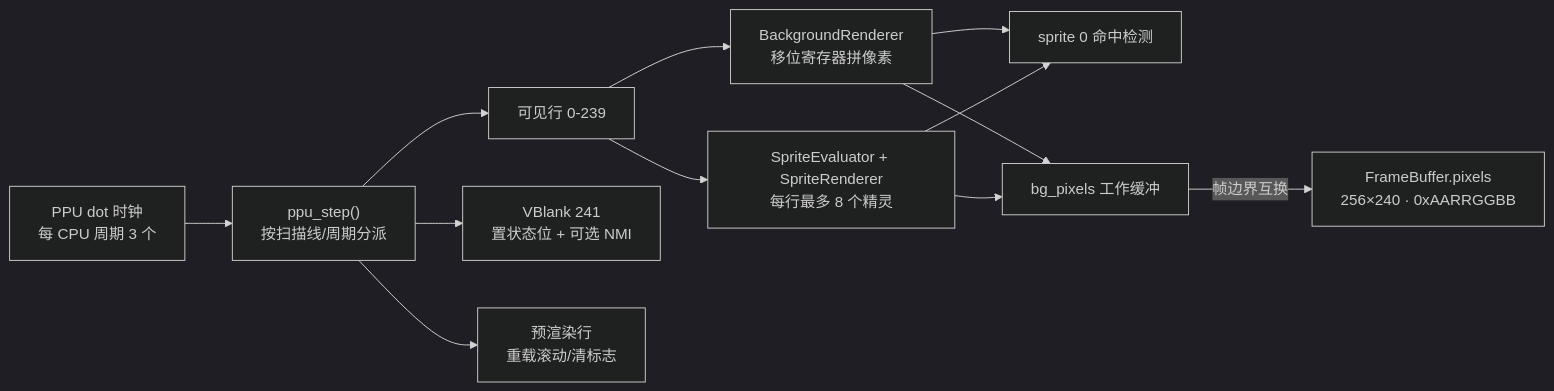
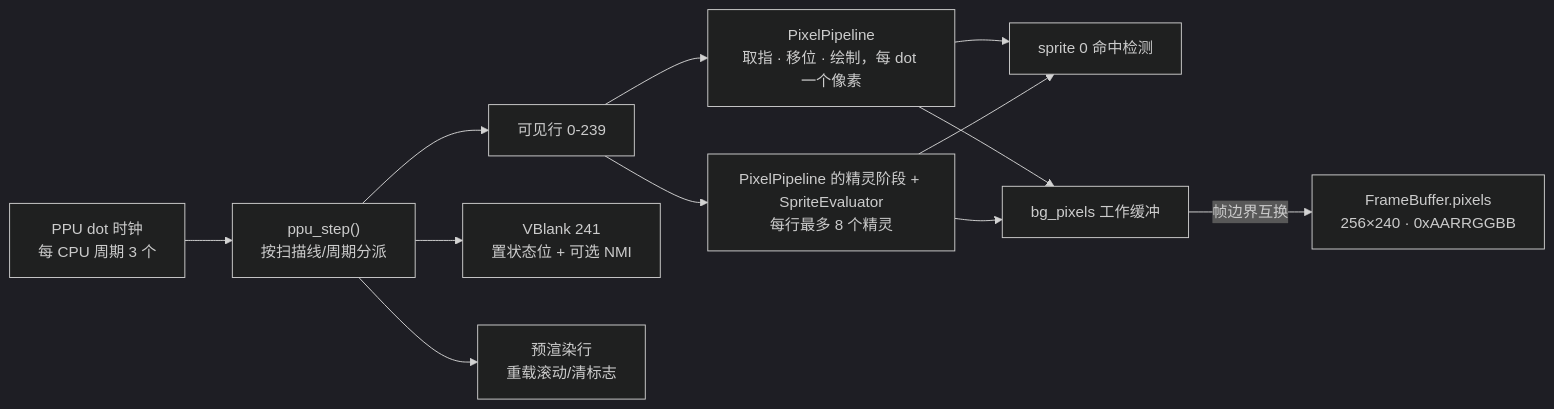
One commit to YufJi/nes-emulator changed the fifth of 13 diagrams in docs/architecture.zh-CN.md. Above: the diagram before and after it, drawn with Mermaid (dark theme). The commit also changed other lines of this file and 8 other files, not shown here.

````diff
--- a/docs/architecture.zh-CN.md
+++ b/docs/architecture.zh-CN.md
@@ -338,15 +339,15 @@
 ```mermaid
 flowchart LR
     Dot["PPU dot 时钟<br/>每 CPU 周期 3 个"] --> Step["ppu_step()<br/>按扫描线/周期分派"]
     Step --> Visible["可见行 0-239"]
     Step --> Vblank["VBlank 241<br/>置状态位 + 可选 NMI"]
     Step --> Pre["预渲染行<br/>重载滚动/清标志"]
 
-    Visible --> BG["BackgroundRenderer<br/>移位寄存器拼像素"]
-    Visible --> Sprites["SpriteEvaluator + SpriteRenderer<br/>每行最多 8 个精灵"]
+    Visible --> BG["PixelPipeline<br/>取指 · 移位 · 绘制，每 dot 一个像素"]
+    Visible --> Sprites["PixelPipeline 的精灵阶段 + SpriteEvaluator<br/>每行最多 8 个精灵"]
     BG --> Hit["sprite 0 命中检测"]
     Sprites --> Hit
     BG --> Buf["bg_pixels 工作缓冲"]
     Sprites --> Buf
     Buf -->|帧边界互换| Fb["FrameBuffer.pixels<br/>256×240 · 0xAARRGGBB"]
 ```
````
